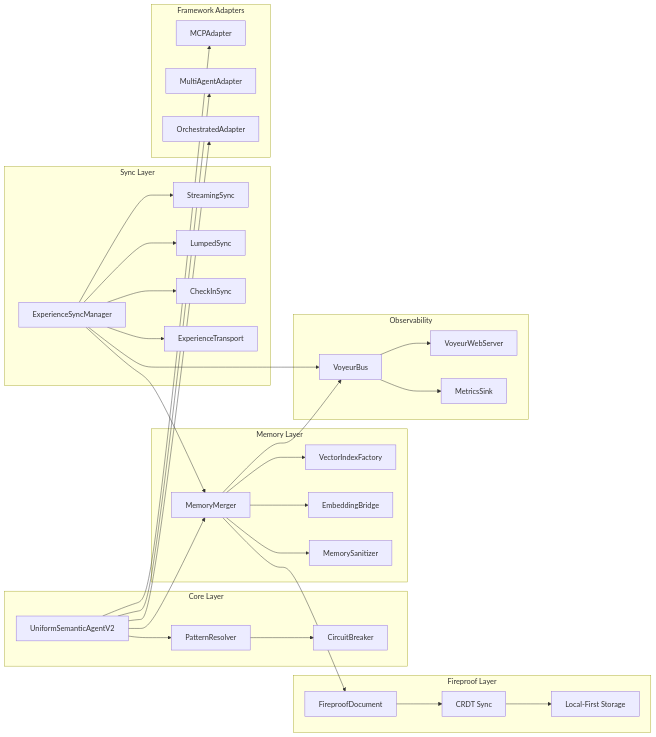
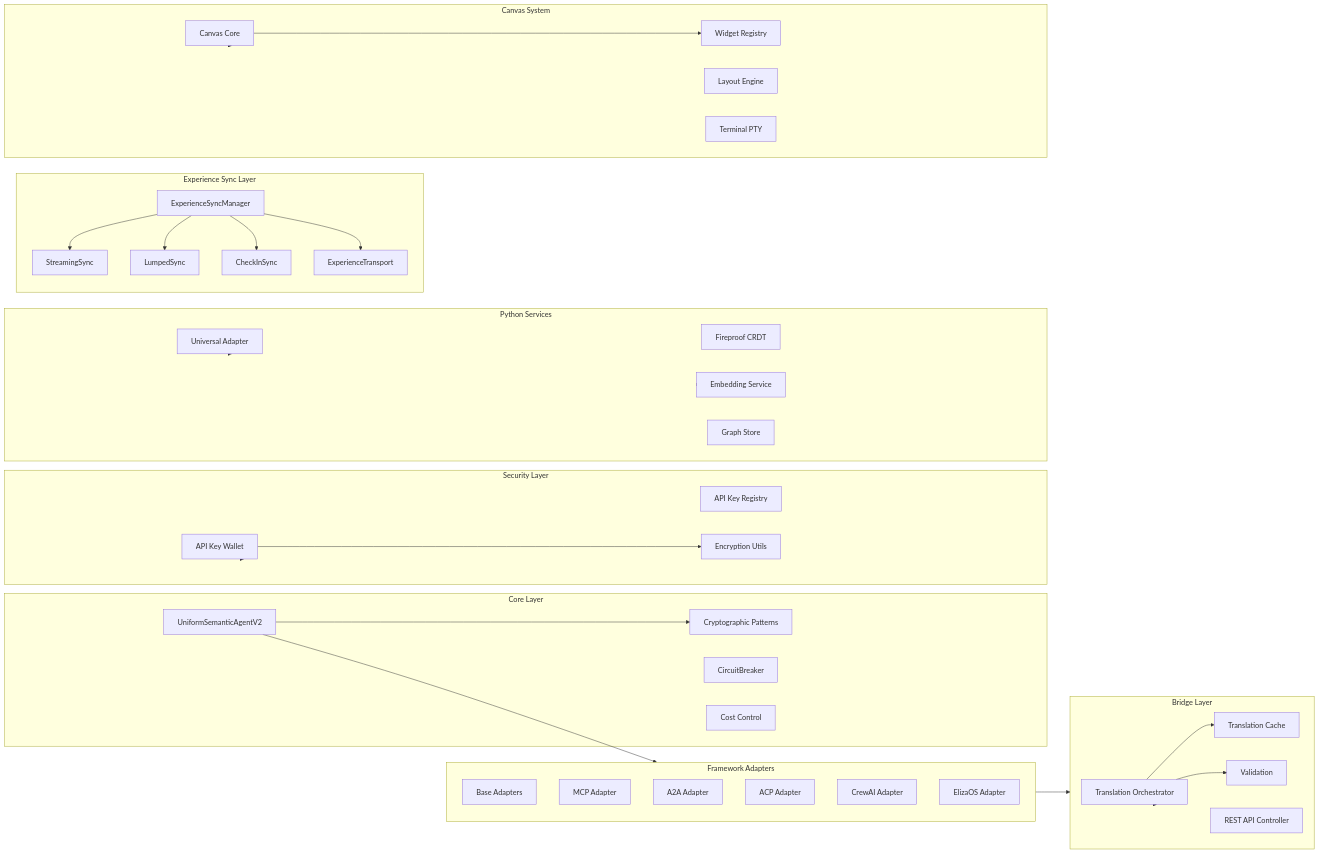
One commit to Replicant-Partners/Chrysalis changed the second of 7 diagrams in ARCHITECTURE.md. Above: the diagram before and after it, drawn with Mermaid. The commit also changed other lines of this file and 43 other files, not shown here.

````diff
--- a/ARCHITECTURE.md
+++ b/ARCHITECTURE.md
@@ -108,67 +108,76 @@
 ```mermaid
 flowchart LR
     subgraph Core["Core Layer"]
         USA[UniformSemanticAgentV2]
-        PR[PatternResolver]
+        Patterns[Cryptographic Patterns]
         CB[CircuitBreaker]
+        CostControl[Cost Control]
     end
 
-    subgraph Memory["Memory Layer"]
-        MM[MemoryMerger]
-        VIF[VectorIndexFactory]
-        EB[EmbeddingBridge]
-        MS[MemorySanitizer]
+    subgraph Adapters["Framework Adapters"]
+        FABase[Base Adapters]
+        MCP[MCP Adapter]
+        A2A[A2A Adapter]
+        ACP[ACP Adapter]
+        CrewAI[CrewAI Adapter]
+        Eliza[ElizaOS Adapter]
     end
 
-    subgraph Fireproof["Fireproof Layer"]
-        FP[FireproofDocument]
-        CRDT[CRDT Sync]
-        LF[Local-First Storage]
+    subgraph Bridge["Bridge Layer"]
+        Orchestrator[Translation Orchestrator]
+        Cache[Translation Cache]
+        Validation[Validation]
+        API[REST API Controller]
     end
 
-    subgraph Sync["Sync Layer"]
+    subgraph Sync["Experience Sync Layer"]
         ESM[ExperienceSyncManager]
         SS[StreamingSync]
         LS[LumpedSync]
         CS[CheckInSync]
         ET[ExperienceTransport]
     end
 
-    subgraph Observability["Observability"]
-        VB[VoyeurBus]
-        VWS[VoyeurWebServer]
-        MET[MetricsSink]
+    subgraph Security["Security Layer"]
+        Wallet[API Key Wallet]
+        Registry[API Key Registry]
+        Crypto[Encryption Utils]
     end
 
-    subgraph Adapters["Framework Adapters"]
-        MCP[MCPAdapter]
-        MA[MultiAgentAdapter]
-        OA[OrchestratedAdapter]
+    subgraph Python["Python Services"]
+        UA[Universal Adapter]
+        FP[Fireproof CRDT]
+        EMB[Embedding Service]
+        Graph[Graph Store]
     end
 
-    USA --> PR
-    PR --> CB
-    USA --> MM
-    MM --> VIF
-    MM --> EB
-    MM --> MS
-    MM --> VB
+    subgraph Canvas["Canvas System"]
+        CanvasCore[Canvas Core]
+        Widgets[Widget Registry]
+        Layout[Layout Engine]
+        Terminal[Terminal PTY]
+    end
 
-    MM --> FP
-    FP --> CRDT
-    CRDT --> LF
+    USA --> Patterns
+    USA --> Adapters
+    Adapters --> Bridge
+    Bridge --> Orchestrator
+    Orchestrator --> Cache
+    Orchestrator --> Validation
+    Bridge --> API
 
     ESM --> SS
     ESM --> LS
     ESM --> CS
     ESM --> ET
-    ESM --> MM
-    ESM --> VB
 
-    VB --> VWS
-    VB --> MET
+    Security --> Wallet
+    Wallet --> Crypto
 
-    USA --> MCP
-    USA --> MA
-    USA --> OA
+    Python --> UA
+    Python --> FP
+    Python --> EMB
+
+    Canvas --> CanvasCore
+    CanvasCore --> Widgets
 ```
````
